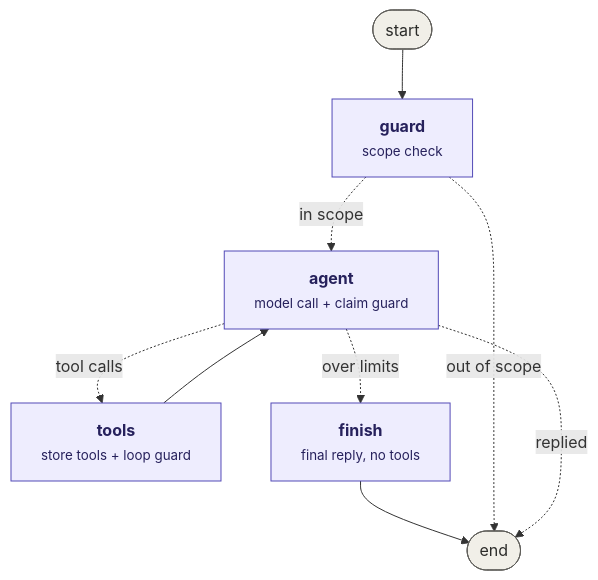
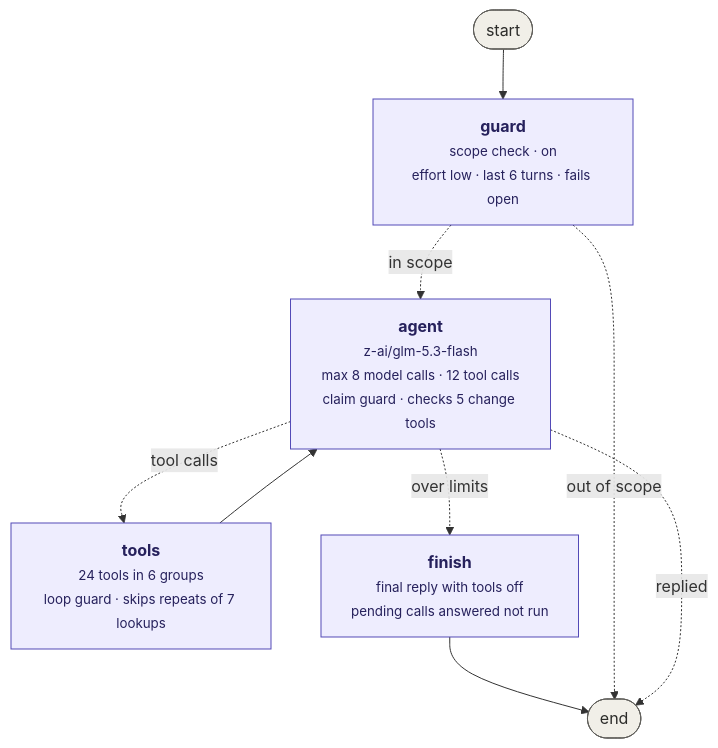
Before and after one commit to MahmoudSalah619/nova-store: the diagram in docs/agent-graph.md, drawn with Mermaid. The commit also changed other lines of this file and 5 other files, not shown here.

First line of the commit message:
Show model, limits, tools and guard settings in the assistant graph

````diff
--- a/docs/agent-graph.md
+++ b/docs/agent-graph.md
@@ -7,19 +7,19 @@
 ```mermaid
 flowchart TD
   __start__([start]):::terminal
-  guard["<b>guard</b><br/><small>scope check</small>"]:::step
-  agent["<b>agent</b><br/><small>model call + claim guard</small>"]:::step
-  tools["<b>tools</b><br/><small>store tools + loop guard</small>"]:::step
-  finish["<b>finish</b><br/><small>final reply, no tools</small>"]:::step
+  guard["<b>guard</b><br/><small>scope check · on</small><br/><small>effort low · last 6 turns · fails open</small>"]:::step
+  agent["<b>agent</b><br/><small>z-ai/glm-5.3-flash</small><br/><small>max 8 model calls · 12 tool calls</small><br/><small>claim guard · checks 5 change tools</small>"]:::step
+  tools["<b>tools</b><br/><small>24 tools in 6 groups</small><br/><small>loop guard · skips repeats of 7 lookups</small>"]:::step
+  finish["<b>finish</b><br/><small>final reply with tools off</small><br/><small>pending calls answered not run</small>"]:::step
   __end__([end]):::terminal
   __start__ --> guard
   finish --> __end__
   tools --> agent
   guard -.->|in scope| agent
   guard -.->|out of scope| __end__
   agent -.->|tool calls| tools
   agent -.->|over limits| finish
   agent -.->|replied| __end__
   classDef step fill:#EEEDFE,stroke:#534AB7,color:#26215C
   classDef terminal fill:#F1EFE8,stroke:#5F5E5A,color:#2C2C2A
 ```
````
